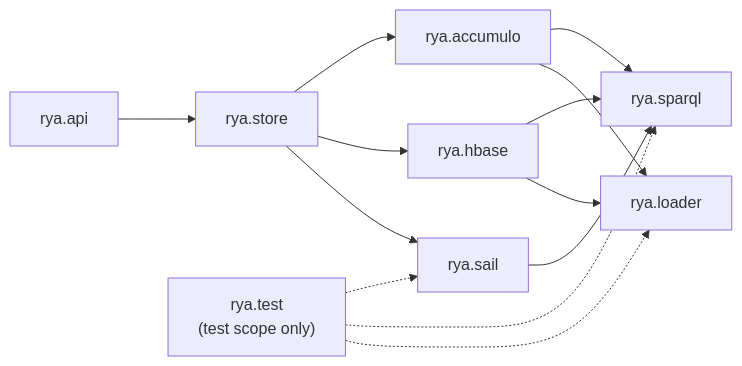
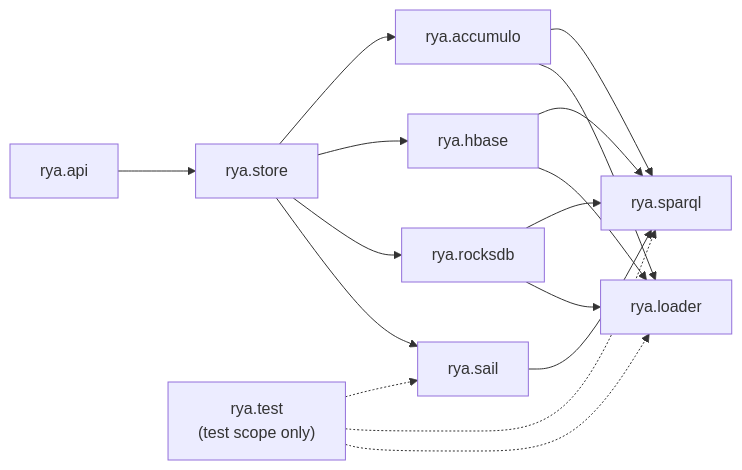
The fifth of 21 diagrams in ARCH.md (dgreco/rya-ng), drawn with Mermaid before and after one commit. The commit also changed other lines of this file and 7 other files, not shown here.

````diff
--- a/ARCH.md
+++ b/ARCH.md
@@ -339,15 +339,18 @@
 ```mermaid
 flowchart LR
     api["rya.api"] --> store["rya.store"]
     store --> accumulo["rya.accumulo"]
     store --> hbase["rya.hbase"]
+    store --> rocksdb["rya.rocksdb"]
     store --> sail["rya.sail"]
     sail --> sparql["rya.sparql"]
     accumulo --> sparql
     hbase --> sparql
+    rocksdb --> sparql
     accumulo --> loader["rya.loader"]
     hbase --> loader
+    rocksdb --> loader
     test["rya.test<br/>(test scope only)"] -.-> sail
     test -.-> sparql
     test -.-> loader
 ```
````
